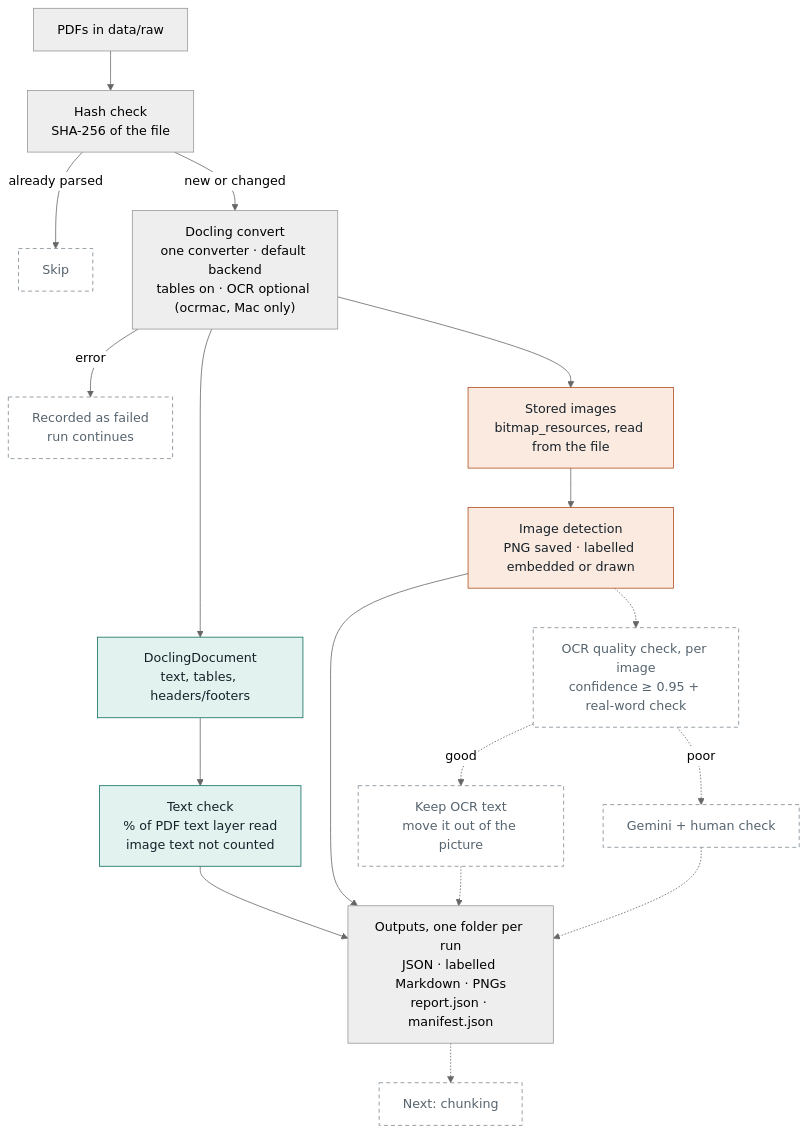
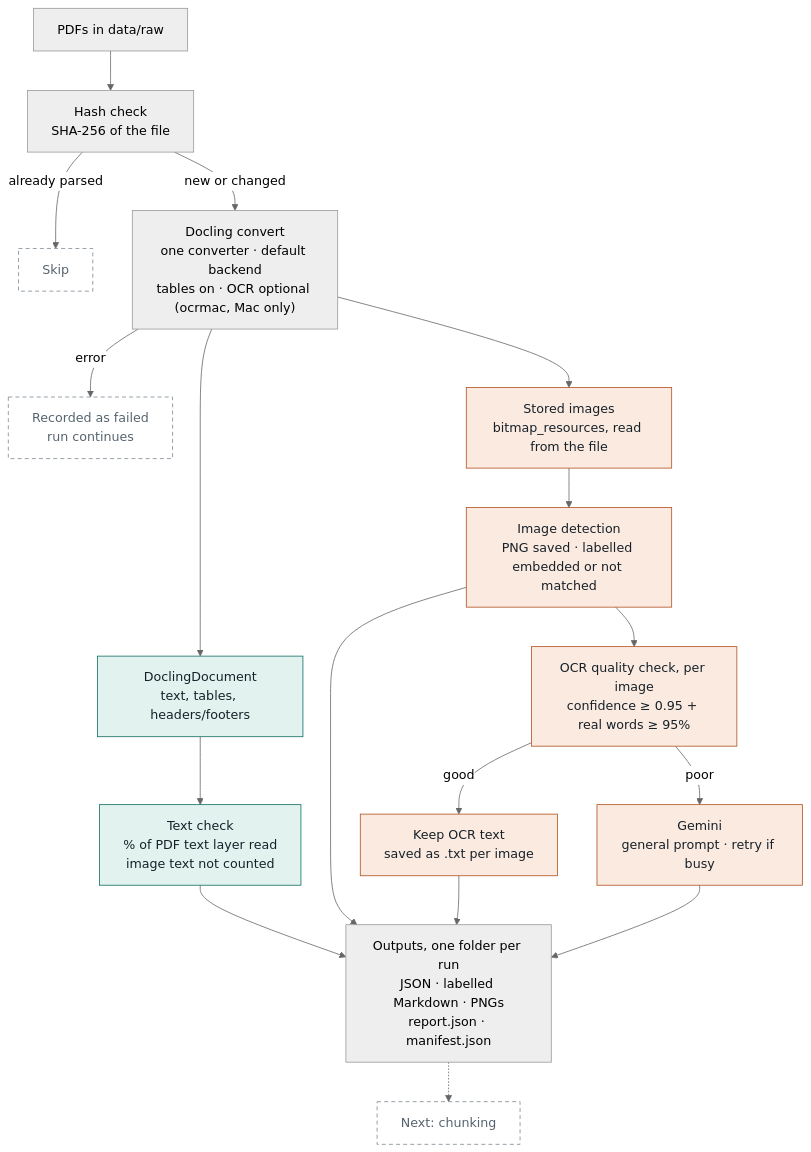
Before and after one commit to GurungGaurab/rag-data-management: the diagram in README.md, drawn with Mermaid (neutral theme). The commit also changed other lines of this file and 7 other files, not shown here.

Commit message:
Add OCR quality checks with Gemini fallback, hash-based output names and tests

````diff
--- a/README.md
+++ b/README.md
@@ -72,30 +75,30 @@
 ```mermaid
 flowchart TD
     A["PDFs in data/raw"] --> B["Hash check<br/>SHA-256 of the file"]
     B -- "already parsed" --> S["Skip"]
     B -- "new or changed" --> C["Docling convert<br/>one converter · default backend<br/>tables on · OCR optional (ocrmac, Mac only)"]
     C -- error --> X["Recorded as failed<br/>run continues"]
 
     C --> D["DoclingDocument<br/>text, tables, headers/footers"]
     C --> E["Stored images<br/>bitmap_resources, read from the file"]
 
     D --> F["Text check<br/>% of PDF text layer read<br/>image text not counted"]
-    E --> G["Image detection<br/>PNG saved · labelled embedded or drawn"]
+    E --> G["Image detection<br/>PNG saved · labelled embedded or not matched"]
 
-    G -.-> Q["OCR quality check, per image<br/>confidence ≥ 0.95 + real-word check"]
-    Q -. good .-> K["Keep OCR text<br/>move it out of the picture"]
-    Q -. poor .-> I["Gemini + human check"]
+    G --> Q["OCR quality check, per image<br/>confidence ≥ 0.95 + real words ≥ 95%"]
+    Q -- good --> K["Keep OCR text<br/>saved as .txt per image"]
+    Q -- poor --> I["Gemini<br/>general prompt · retry if busy"]
 
     F --> O["Outputs, one folder per run<br/>JSON · labelled Markdown · PNGs<br/>report.json · manifest.json"]
     G --> O
-    K -.-> O
-    I -.-> O
+    K --> O
+    I --> O
     O -.-> N["Next: chunking"]
 
     classDef text fill:#e2f2ef,stroke:#0e6c61,color:#16212a
     classDef img fill:#fbeadf,stroke:#b04e1d,color:#16212a
     classDef plan fill:#ffffff,stroke:#7b8892,stroke-dasharray:5 4,color:#56646f
     class D,F text
-    class E,G img
-    class Q,K,I,N,S,X plan
+    class E,G,Q,K,I img
+    class N,S,X plan
 ```
````
